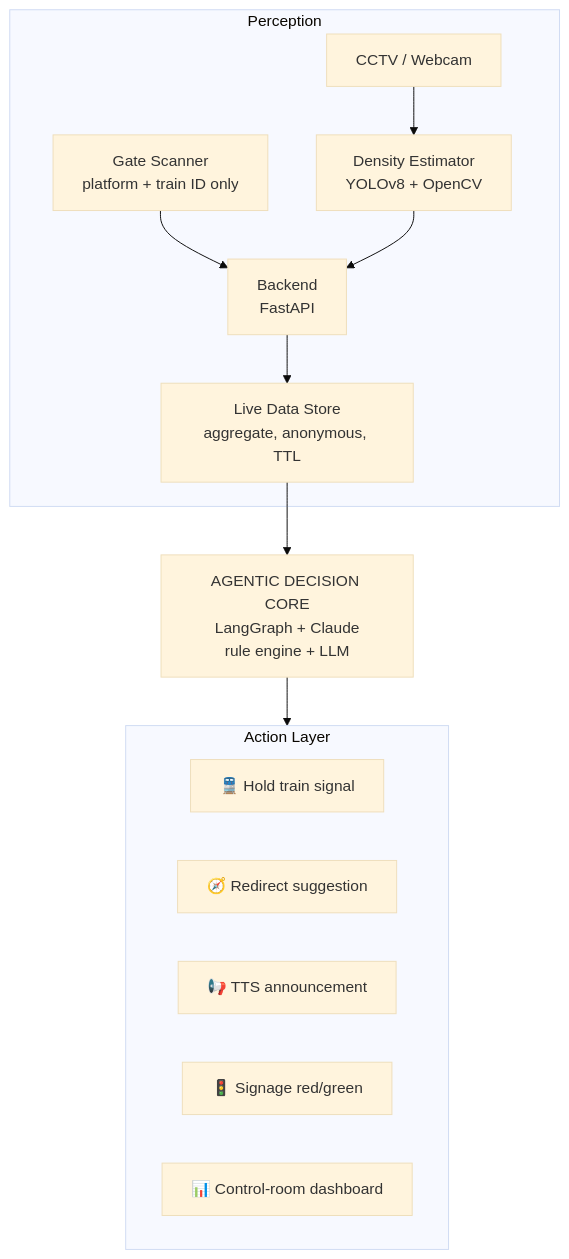
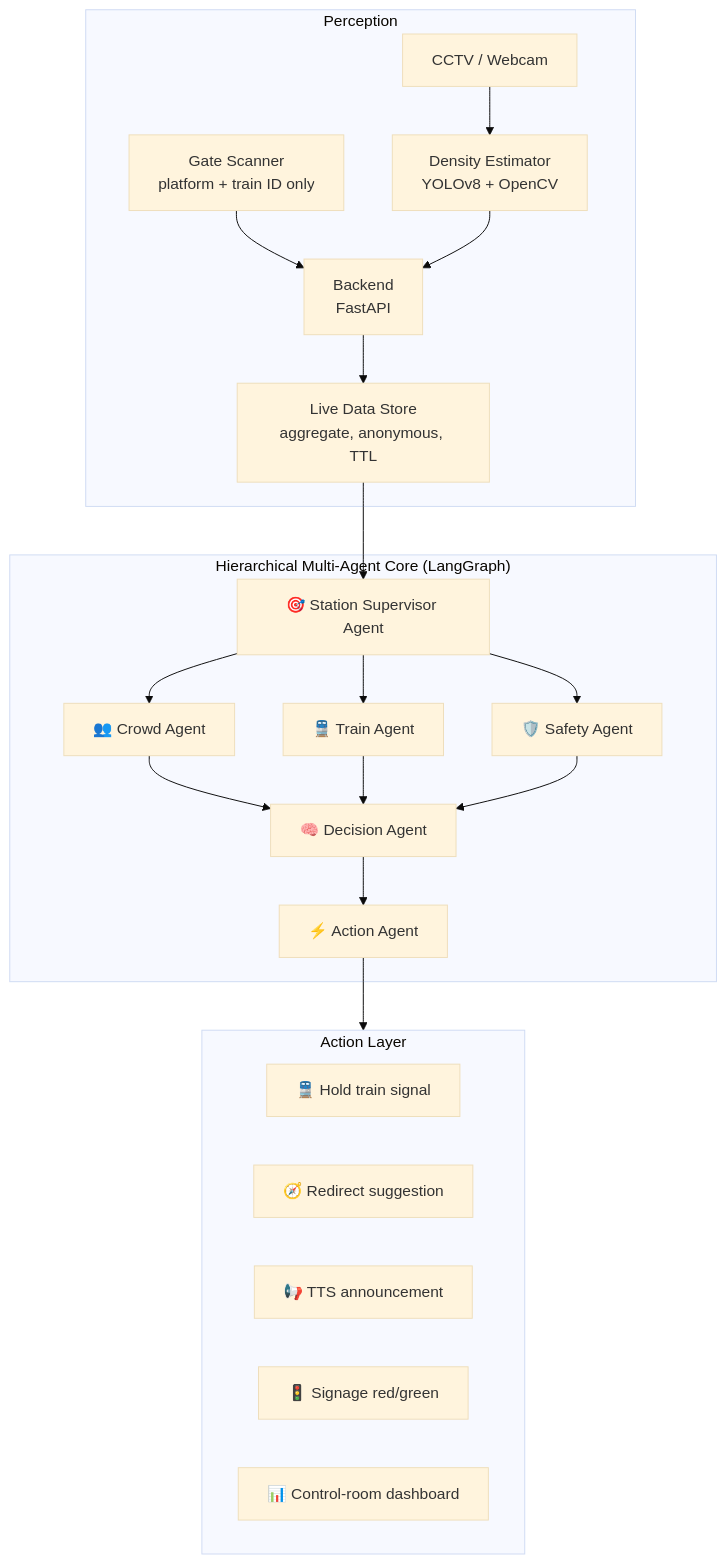
The diagram in readme.md (HarshdeepAthawale/Autonomous-Platform-Crowd-Balancing-Agent), drawn with Mermaid (base theme) before and after one commit. The commit also changed other lines of this file and 5 other files, not shown here.

First line of the commit message:
docs: update all .mds to reflect hierarchical multi-agent architecture

````diff
--- a/readme.md
+++ b/readme.md
@@ -58,18 +62,27 @@
 ```mermaid
 flowchart TD
     subgraph Perception
         GS["Gate Scanner<br/>platform + train ID only"] --> BE["Backend<br/>FastAPI"]
         CAM["CCTV / Webcam"] --> CV["Density Estimator<br/>YOLOv8 + OpenCV"]
         CV --> BE
         BE --> LDS["Live Data Store<br/>aggregate, anonymous, TTL"]
     end
-    LDS --> AG["AGENTIC DECISION CORE<br/>LangGraph + Claude<br/>rule engine + LLM"]
-    AG --> ACT
+    LDS --> SUP["🎯 Station Supervisor Agent"]
+    subgraph Decision["Hierarchical Multi-Agent Core (LangGraph)"]
+        SUP --> CR["👥 Crowd Agent"]
+        SUP --> TR["🚆 Train Agent"]
+        SUP --> SA["🛡️ Safety Agent"]
+        CR --> DEC["🧠 Decision Agent"]
+        TR --> DEC
+        SA --> DEC
+        DEC --> AA["⚡ Action Agent"]
+    end
+    AA --> ACT
     subgraph ACT["Action Layer"]
         HOLD["🚆 Hold train signal"]
         RED["🧭 Redirect suggestion"]
         TTS["📢 TTS announcement"]
         SIGN["🚦 Signage red/green"]
         DASH["📊 Control-room dashboard"]
     end
 ```
````
